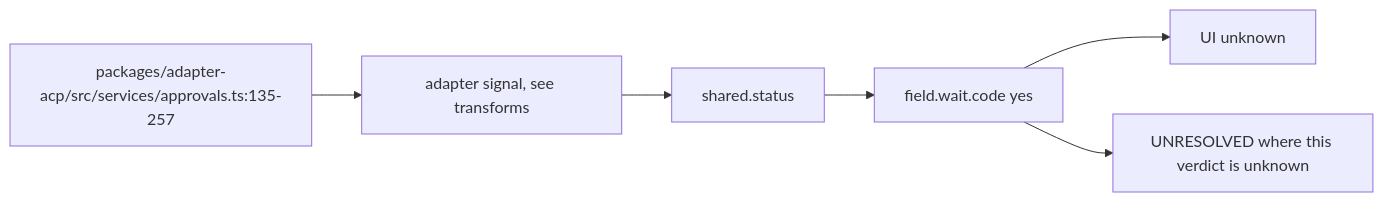
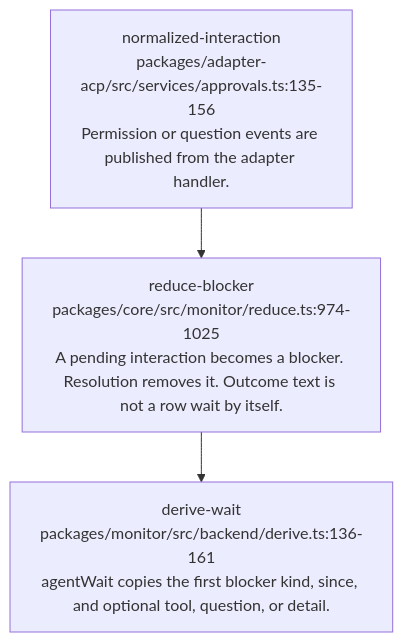
The diagram in audit/godview/evidence/acp/wait.code.mmd (vibefield/vibefield), drawn with Mermaid before and after one commit. The commit also changed 1665 other files, not shown here.

```diff
--- a/audit/godview/evidence/acp/wait.code.mmd
+++ b/audit/godview/evidence/acp/wait.code.mmd
@@ -1,13 +1,9 @@
-%% graph_ref: shared.status
+%% field: field.wait.code
 %% adapter: acp
-%% field: field.wait.code
-%% forensic: source-read at 748d015; not a live sample
-flowchart LR
-  src["packages/adapter-acp/src/services/approvals.ts:135-257"]
-  raw["adapter signal, see transforms"]
-  shared["shared.status"]
-  row["field.wait.code yes"]
-  ui["UI unknown"]
-  src --> raw --> shared --> row --> ui
-  open["UNRESOLVED where this verdict is unknown"]
-  row --> open
+%% forensic: source-read 748d015a7e393112e0a91dad80111fdf5abe6583; not a live sample
+flowchart TD
+  n0["normalized-interaction\npackages/adapter-acp/src/services/approvals.ts:135-156\nPermission or question events are published from the adapter handler."]
+  n1["reduce-blocker\npackages/core/src/monitor/reduce.ts:974-1025\nA pending interaction becomes a blocker. Resolution removes it. Outcome text is not a row wait by itself."]
+  n0 --> n1
+  n2["derive-wait\npackages/monitor/src/backend/derive.ts:136-161\nagentWait copies the first blocker kind, since, and optional tool, question, or detail."]
+  n1 --> n2
```
